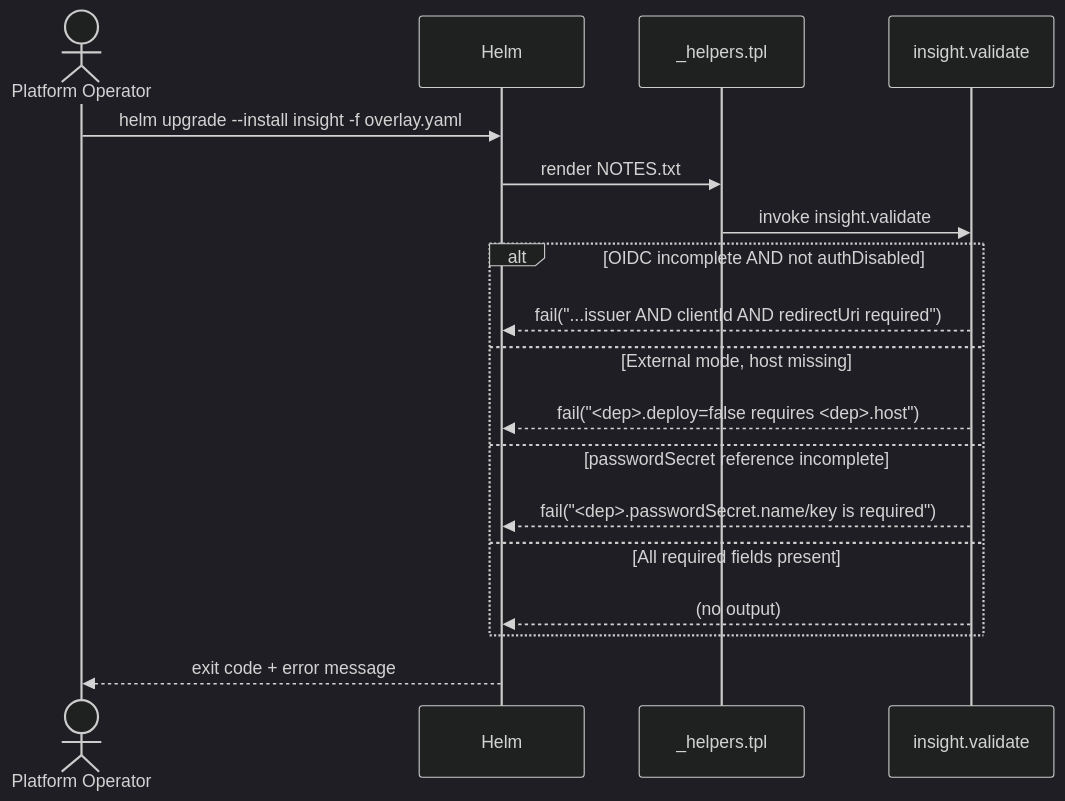
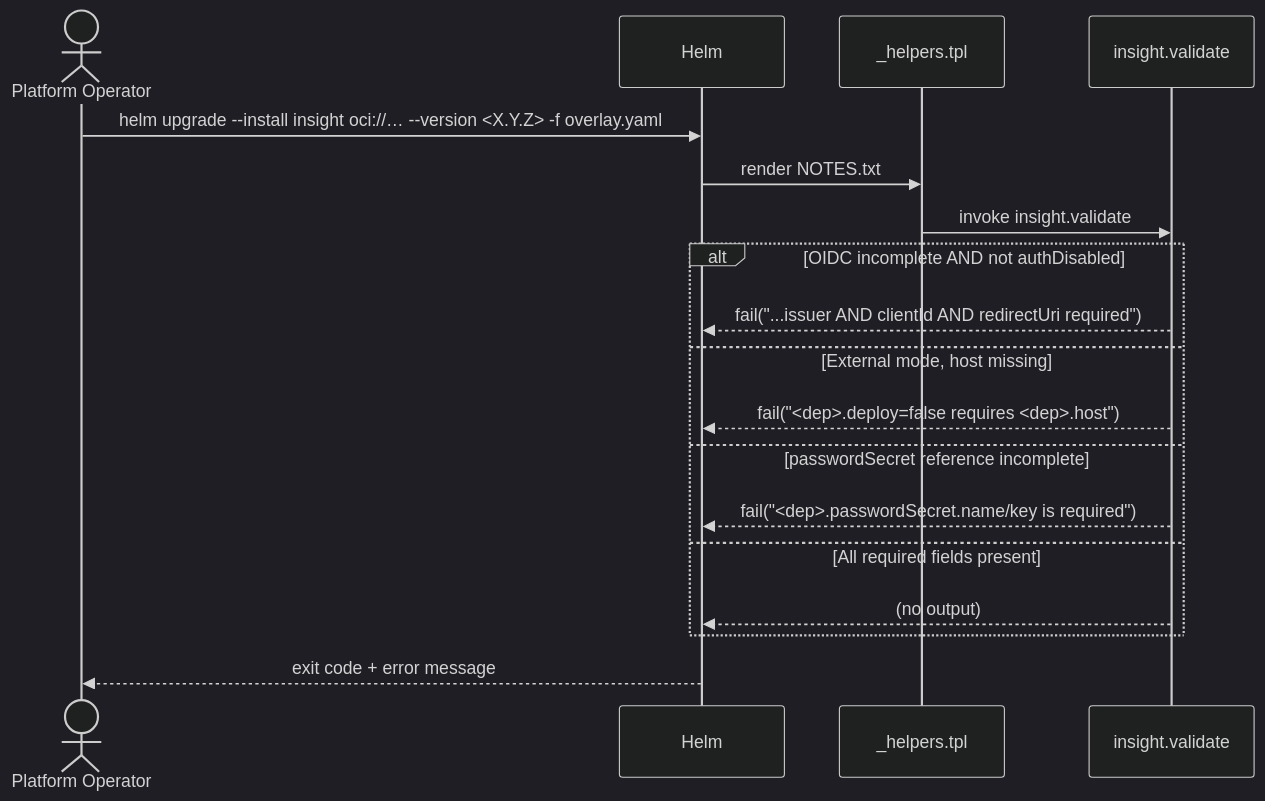
The fourth of 5 diagrams in docs/components/deployment/specs/DESIGN.md (constructorfabric/insight), drawn with Mermaid (dark theme) before and after one commit. The commit also changed other lines of this file, not shown here.

First line of the commit message:
docs(deployment): rewrite DESIGN for chart-as-artifact model

````diff
--- a/docs/components/deployment/specs/DESIGN.md
+++ b/docs/components/deployment/specs/DESIGN.md
@@ -630,21 +677,21 @@
 ```mermaid
 sequenceDiagram
     actor Op as Platform Operator
     participant Helm as Helm
     participant Helpers as _helpers.tpl
     participant Validate as insight.validate
 
-    Op->>Helm: helm upgrade --install insight -f overlay.yaml
+    Op->>Helm: helm upgrade --install insight oci://… --version <X.Y.Z> -f overlay.yaml
     Helm->>Helpers: render NOTES.txt
     Helpers->>Validate: invoke insight.validate
     alt OIDC incomplete AND not authDisabled
         Validate-->>Helm: fail("...issuer AND clientId AND redirectUri required")
     else External mode, host missing
         Validate-->>Helm: fail("<dep>.deploy=false requires <dep>.host")
     else passwordSecret reference incomplete
         Validate-->>Helm: fail("<dep>.passwordSecret.name/key is required")
     else All required fields present
         Validate-->>Helm: (no output)
     end
     Helm-->>Op: exit code + error message
 ```
````
